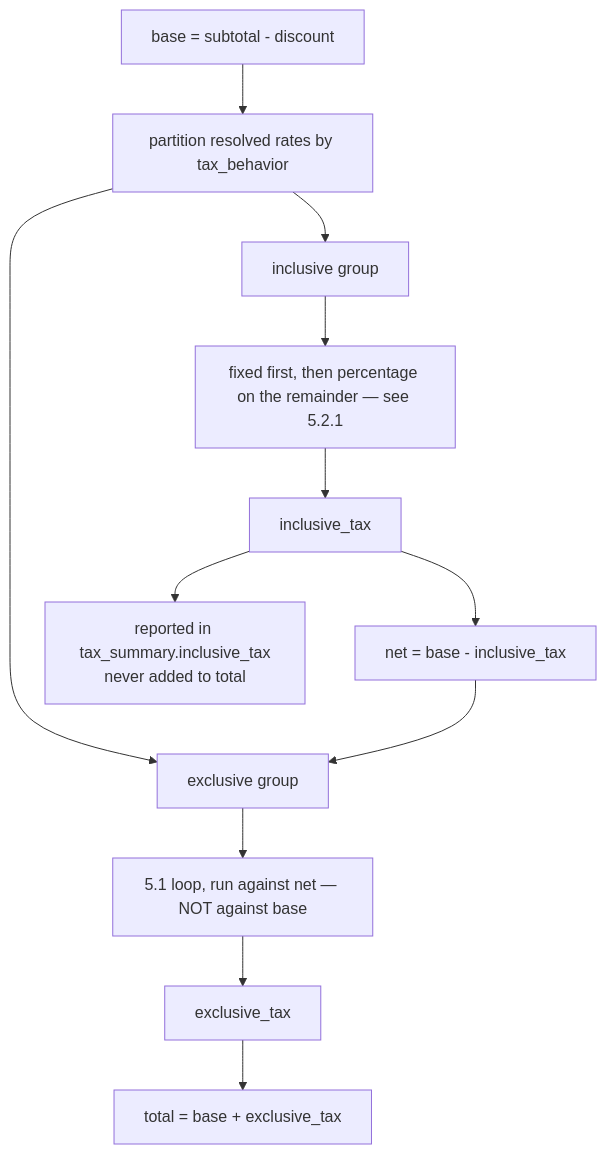
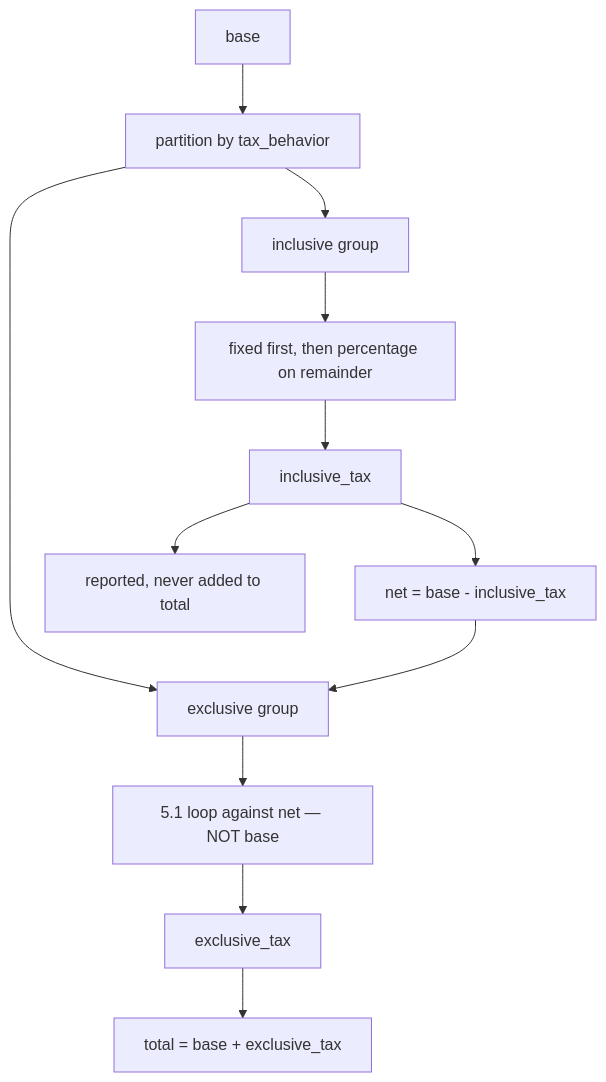
Before and after one commit to flexprice/flexprice: the fourth of 5 diagrams in docs/design/2026-08-17-FLE-1187-taxation-lineitem-inclusive.md, drawn with Mermaid. The commit also changed other lines of this file, not shown here.

Commit message:
docs(taxation): refine design document for inclusive and exclusive tax handling, clarifying scope and terminology

````diff
--- a/docs/design/2026-08-17-FLE-1187-taxation-lineitem-inclusive.md
+++ b/docs/design/2026-08-17-FLE-1187-taxation-lineitem-inclusive.md
@@ -462,14 +369,14 @@
 ```mermaid
 flowchart TD
-    S["base = subtotal - discount"] --> P["partition resolved rates by tax_behavior"]
+    S["base"] --> P["partition by tax_behavior"]
     P --> INC["inclusive group"]
     P --> EXC["exclusive group"]
-    INC --> I1["fixed first, then percentage on the remainder — see 5.2.1"]
+    INC --> I1["fixed first, then percentage on remainder"]
     I1 --> ITAX["inclusive_tax"]
     ITAX --> NET["net = base - inclusive_tax"]
     NET --> EXC
-    EXC --> E1["5.1 loop, run against net — NOT against base"]
+    EXC --> E1["5.1 loop against net — NOT base"]
     E1 --> ETAX["exclusive_tax"]
     ETAX --> TOTAL["total = base + exclusive_tax"]
-    ITAX --> REPORT["reported in tax_summary.inclusive_tax<br/>never added to total"]
+    ITAX --> REPORT["reported, never added to total"]
 ```
````
